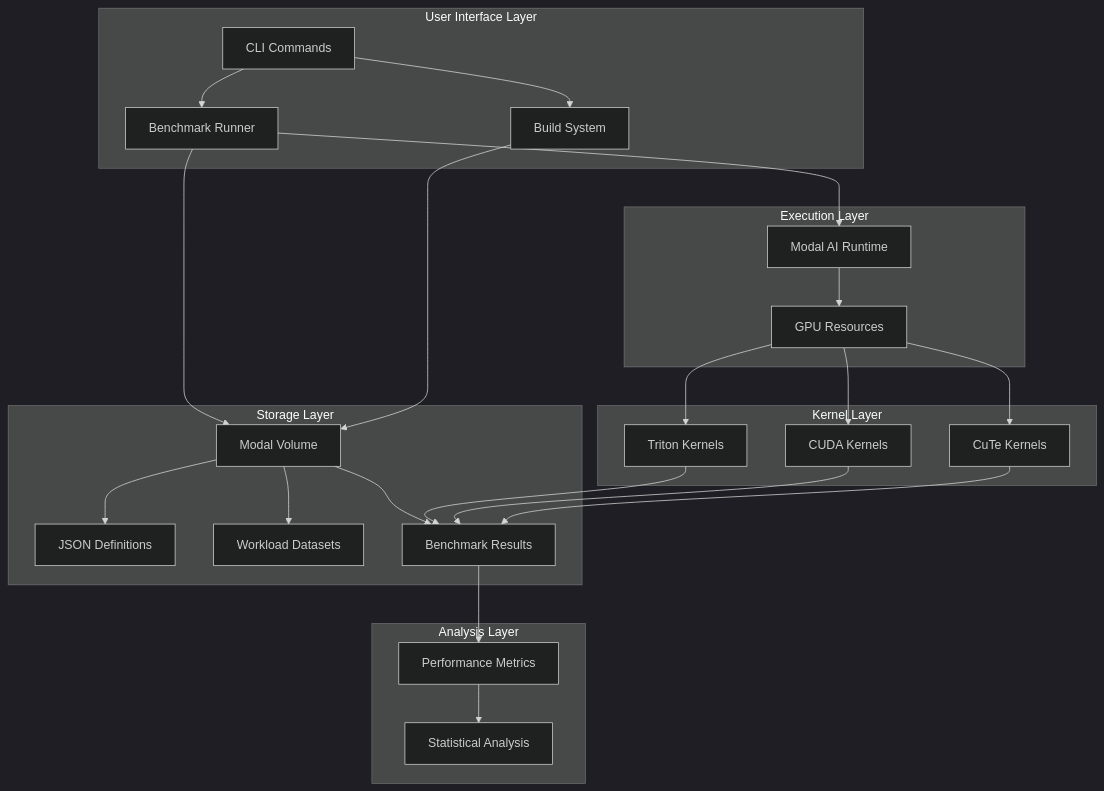
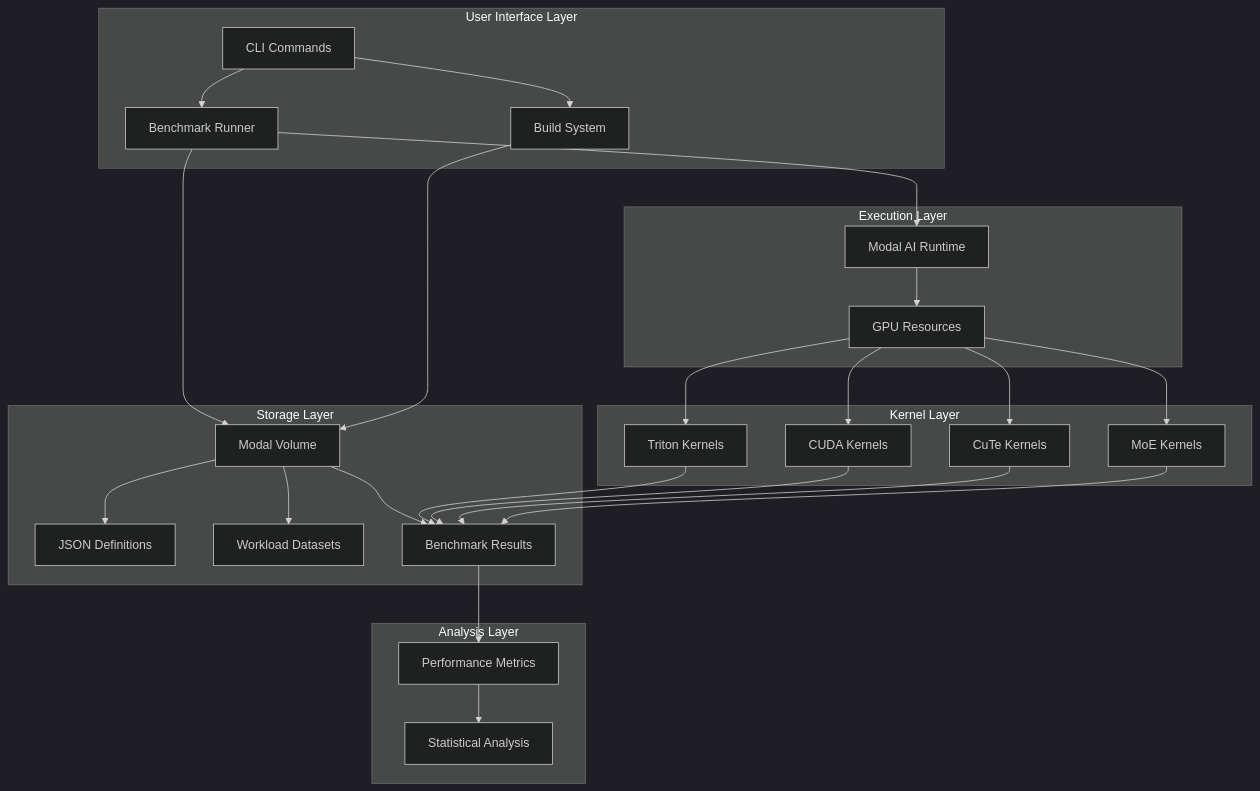
One commit to gugudeshubao/flashinfer-bench-tma-thrust changed the second of 8 diagrams in .qoder/repowiki/en/content/Benchmarking Framework/Enhanced Benchmarking Framework.md. Above: the diagram before and after it, drawn with Mermaid (dark theme). The commit also changed other lines of this file and 10 other files, not shown here.

````diff
--- a/.qoder/repowiki/en/content/Benchmarking Framework/Enhanced Benchmarking Framework.md
+++ b/.qoder/repowiki/en/content/Benchmarking Framework/Enhanced Benchmarking Framework.md
@@ -126,30 +160,32 @@
 ```mermaid
 graph TB
 subgraph "User Interface Layer"
 UI[CLI Commands] --> Runner[Benchmark Runner]
 UI --> Builder[Build System]
 end
 subgraph "Execution Layer"
 Runner --> Modal[Modal AI Runtime]
 Modal --> GPU[GPU Resources]
 end
 subgraph "Storage Layer"
 Storage[Modal Volume] --> Definitions[JSON Definitions]
 Storage --> Workloads[Workload Datasets]
 Storage --> Results[Benchmark Results]
 end
 subgraph "Kernel Layer"
 GPU --> Triton[Triton Kernels]
 GPU --> CUDA[CUDA Kernels]
 GPU --> CuTe[CuTe Kernels]
+GPU --> MoE[MoE Kernels]
 end
 subgraph "Analysis Layer"
 Results --> Metrics[Performance Metrics]
 Metrics --> Reports[Statistical Analysis]
 end
 Runner --> Storage
 Builder --> Storage
 Triton --> Results
 CUDA --> Results
 CuTe --> Results
+MoE --> Results
 ```
````
